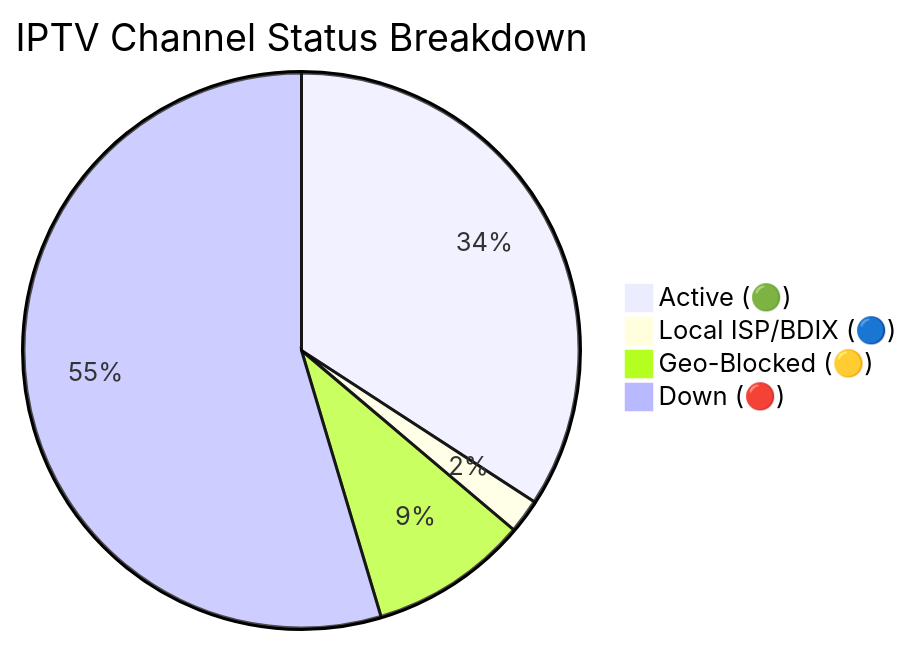
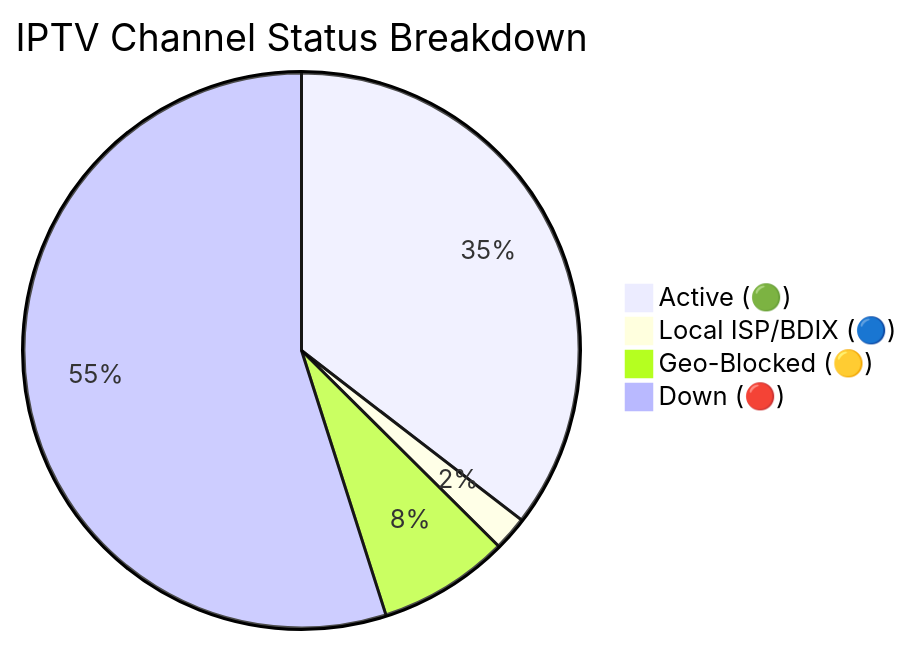
Before and after one commit to andreataylord/Ip-tv-Collection: the diagram in README.md, drawn with Mermaid. The commit also changed other lines of this file and 1 other file, not shown here.

Commit message:
docs(readme): auto-update daily channel status chart

````diff
--- a/README.md
+++ b/README.md
@@ -59,7 +59,7 @@
 ```mermaid
 pie title IPTV Channel Status Breakdown
-    "Active (🟢)" : 2192
+    "Active (🟢)" : 2274
     "Local ISP/BDIX (🔵)" : 128
-    "Geo-Blocked (🟡)" : 591
-    "Down (🔴)" : 3504
+    "Geo-Blocked (🟡)" : 490
+    "Down (🔴)" : 3523
 ```
````
